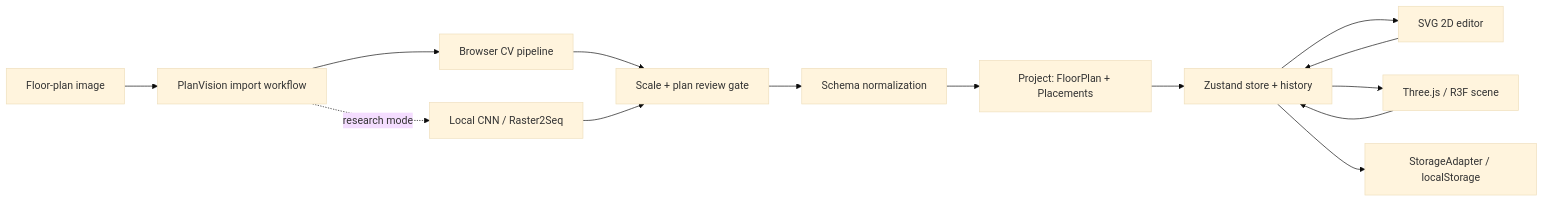
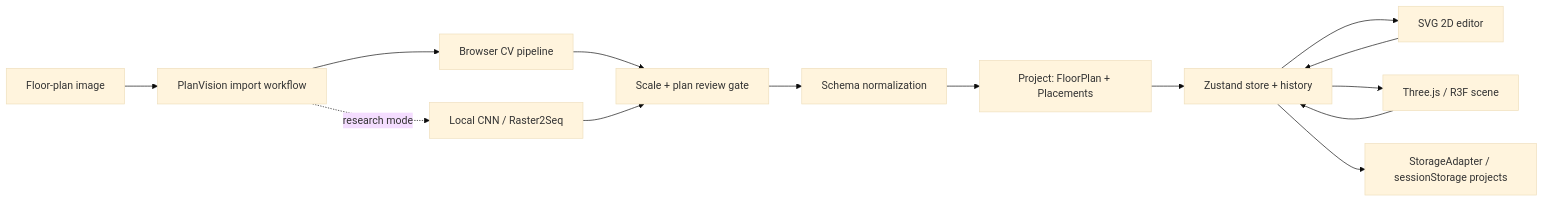
The diagram in README.md (showjihyun/wn-interior), drawn with Mermaid (base theme) before and after one commit. The commit also changed other lines of this file and 18 other files, not shown here.

First line of the commit message:
fix: enforce placement and session storage boundaries

````diff
--- a/README.md
+++ b/README.md
@@ -61,16 +61,16 @@
 ```mermaid
 flowchart LR
     Image[Floor-plan image] --> Import[PlanVision import workflow]
     Import --> Classic[Browser CV pipeline]
     Import -. research mode .-> Neural[Local CNN / Raster2Seq]
     Classic --> Gate[Scale + plan review gate]
     Neural --> Gate
     Gate --> Normalize[Schema normalization]
     Normalize --> Project[Project: FloorPlan + Placements]
     Project --> Store[Zustand store + history]
     Store --> SVG[SVG 2D editor]
     Store --> R3F[Three.js / R3F scene]
-    Store --> Storage[StorageAdapter / localStorage]
+    Store --> Storage[StorageAdapter / sessionStorage projects]
     SVG --> Store
     R3F --> Store
 ```
````
